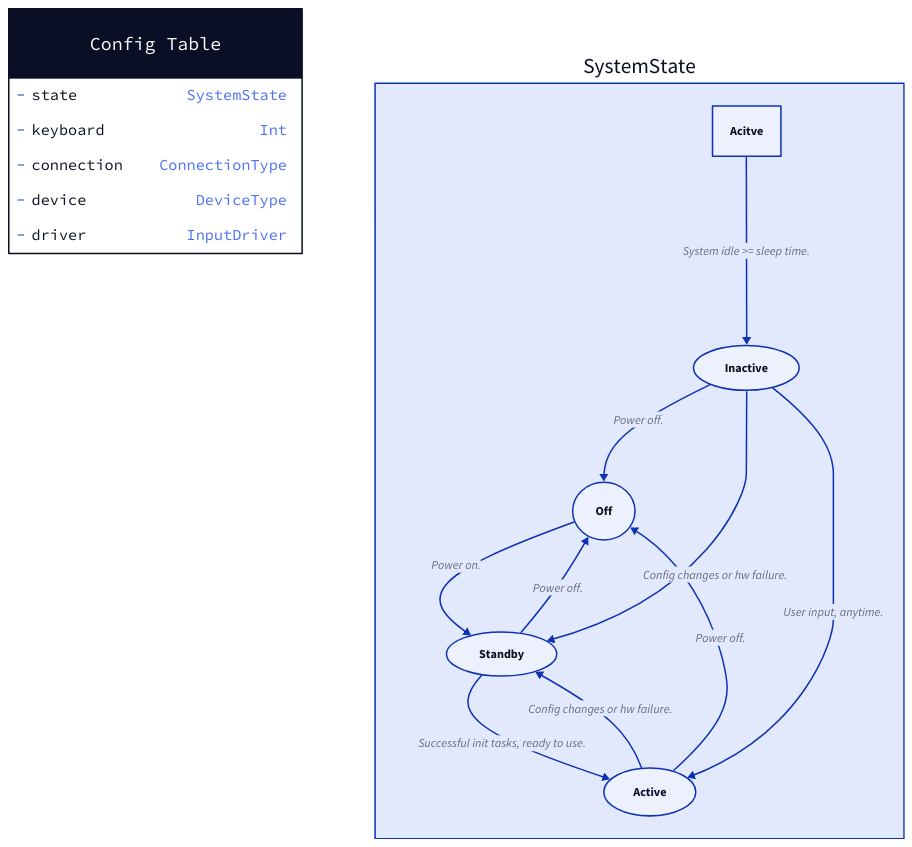
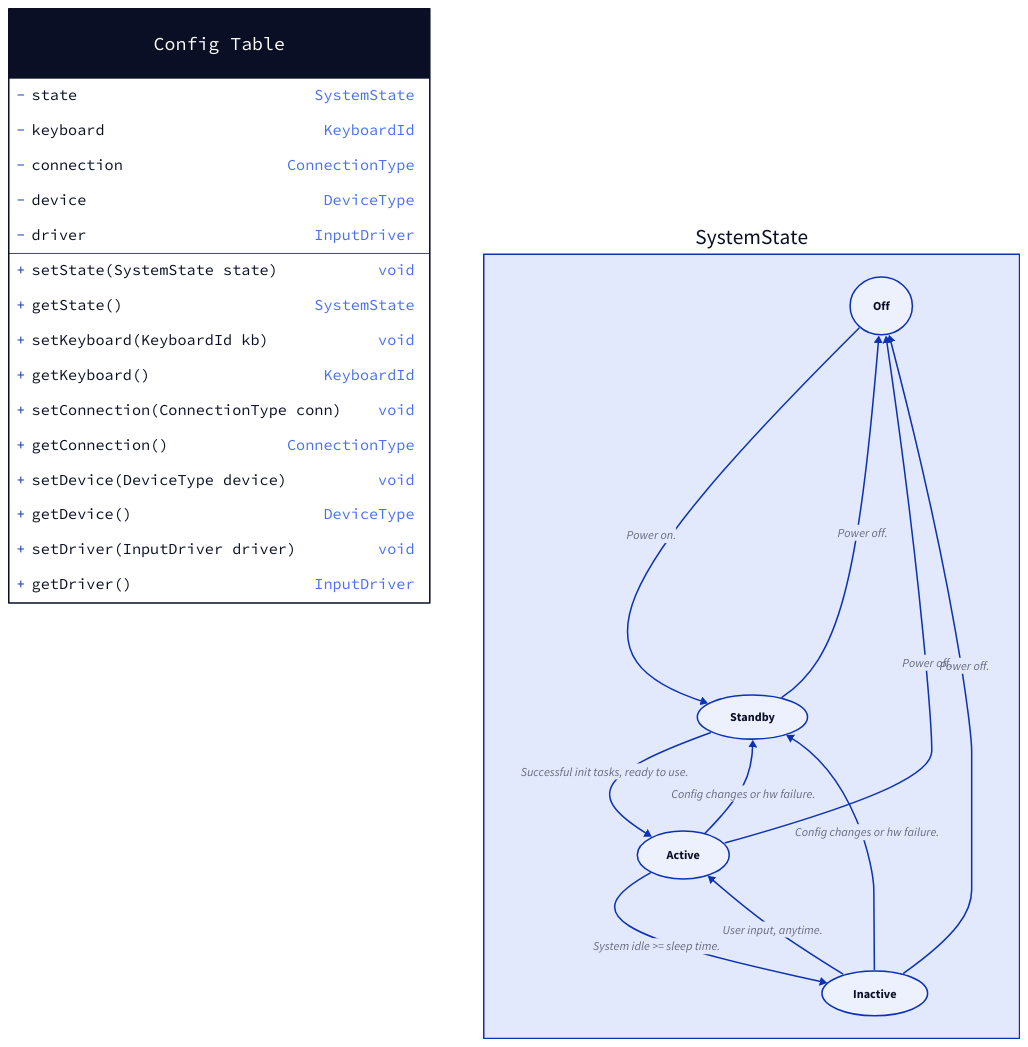
One commit to HelloWorldSeniorProject/AirKeys changed the diagram in documentation/design/source/config_table.d2. Above: the diagram before and after it, drawn with D2. The commit also changed 9 other files, not shown here.

```diff
--- a/documentation/design/source/config_table.d2
+++ b/documentation/design/source/config_table.d2
@@ -1,32 +1,49 @@
 Config Table : {
     shape: class
 
     - state : "SystemState"
-    - keyboard : "Int"
+    - keyboard : "KeyboardId"
     - connection : "ConnectionType"
     - device : "DeviceType"
     - driver: "InputDriver"
+
+    setState(SystemState state)
+    getState() : "SystemState"
+
+    setKeyboard(KeyboardId kb)
+    getKeyboard() : "KeyboardId"
+
+    setConnection(ConnectionType conn)
+    getConnection() : "ConnectionType"
+
+    setDevice(DeviceType device)
+    getDevice() : "DeviceType"
+
+    setDriver(InputDriver driver)
+    getDriver() : "InputDriver"
+
 }
 
 SystemState : {
 
+    # State defs w/ shapes
     Off.shape : oval
     Standby.shape : oval
     Inactive.shape : oval
     Active.shape : oval
 
     Off -> Standby : Power on.
 
     Standby -> Off : Power off.
     Standby -> Active : Successful init tasks, ready to use.
 
 
     Inactive -> Off : Power off.
     Inactive -> Standby : Config changes or hw failure.
     Inactive -> Active : User input, anytime.
     
     Active -> Off : Power off.
     Active -> Standby : Config changes or hw failure.
-    Acitve -> Inactive : System idle >= sleep time.
+    Active -> Inactive : System idle >= sleep time.
 
 }
```
